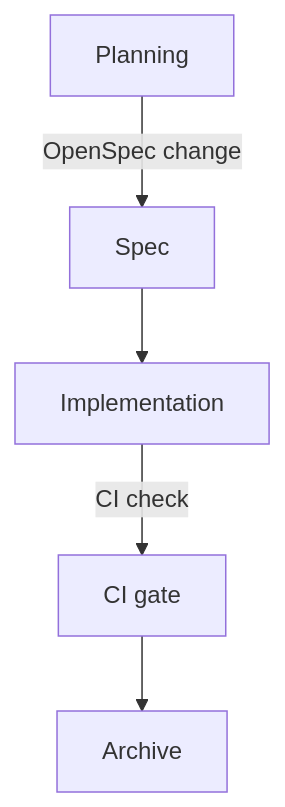
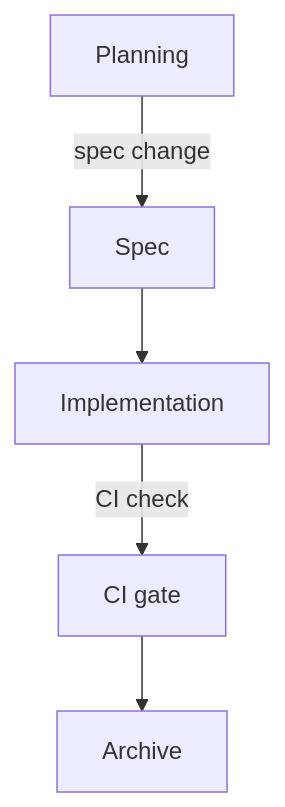
One commit to intent-engineering-for-coding-agents/book changed the second of 2 diagrams in content/foundation/plain-text-as-code.md. Above: the diagram before and after it, drawn with Mermaid. The commit also changed other lines of this file and 1 other file, not shown here.

````diff
--- a/content/foundation/plain-text-as-code.md
+++ b/content/foundation/plain-text-as-code.md
@@ -49,7 +49,7 @@
 ```mermaid
 graph TD
-    A[Planning] -->|OpenSpec change| B[Spec]
+    A[Planning] -->|spec change| B[Spec]
     B --> C[Implementation]
     C -->|CI check| D[CI gate]
     D --> E[Archive]
 ```
````
